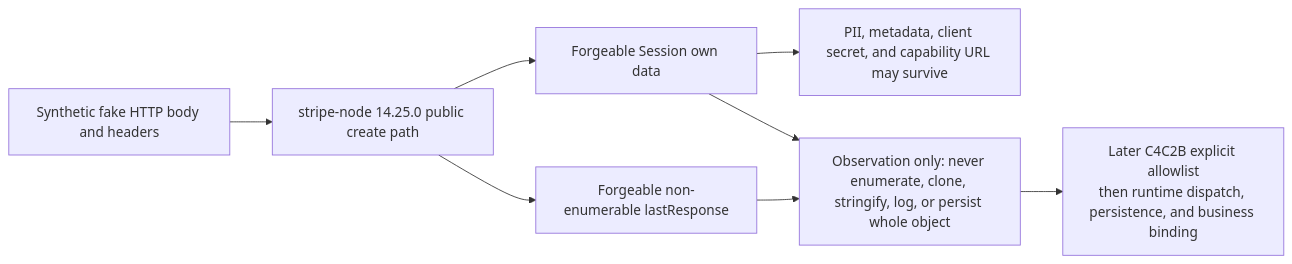
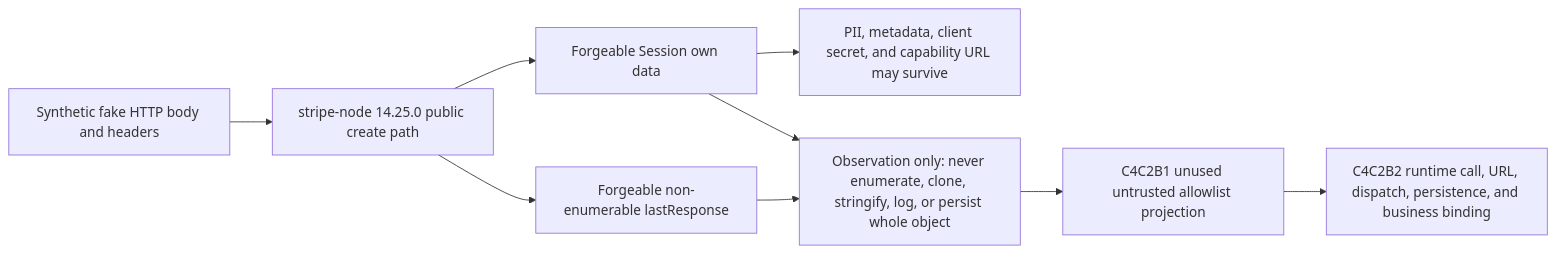
Before and after one commit to Run-MPRC/Run-MPRC.github.io: the ninth of 14 diagrams in SYSTEM_DESIGN.md, drawn with Mermaid. The commit also changed other lines of this file and 8 other files, not shown here.

````diff
--- a/SYSTEM_DESIGN.md
+++ b/SYSTEM_DESIGN.md
@@ -393,10 +393,11 @@
 ```mermaid
 flowchart LR
     Fake["Synthetic fake HTTP body and headers"] --> SDK["stripe-node 14.25.0 public create path"]
     SDK --> Session["Forgeable Session own data"]
     SDK --> Response["Forgeable non-enumerable lastResponse"]
     Session --> Sensitive["PII, metadata, client secret, and capability URL may survive"]
     Session --> Stop["Observation only: never enumerate, clone, stringify, log, or persist whole object"]
     Response --> Stop
-    Stop --> Future["Later C4C2B explicit allowlist\nthen runtime dispatch, persistence, and business binding"]
+    Stop --> Projection["C4C2B1 unused untrusted allowlist projection"]
+    Projection --> Future["C4C2B2 runtime call, URL, dispatch, persistence, and business binding"]
 ```
````
